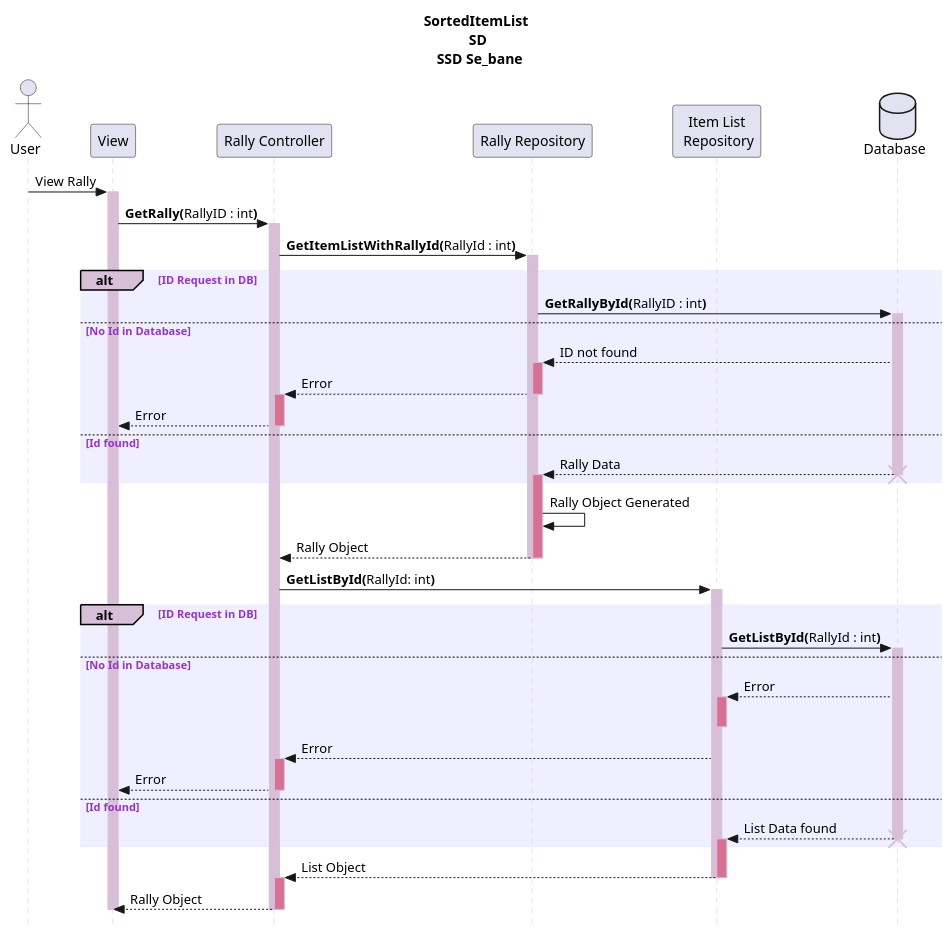
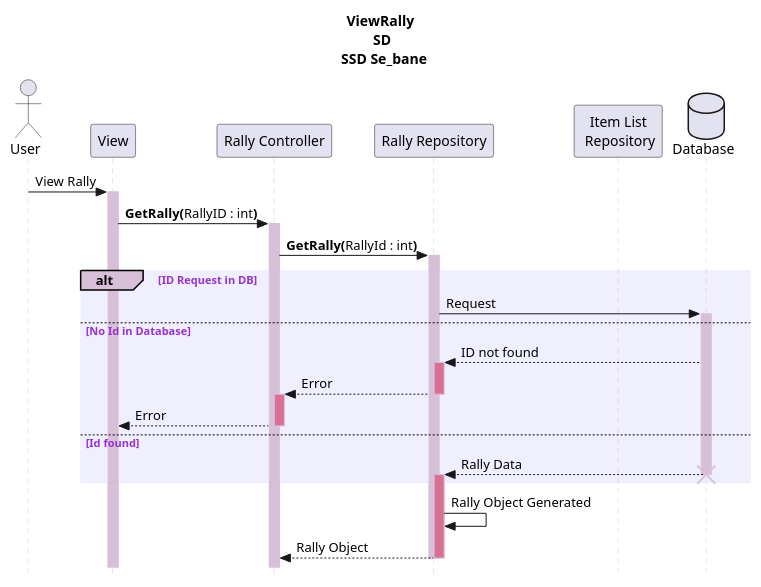
One commit to Team-1-ucl/Team1_Projekt changed the diagram in Dokumentation/Scenarier/Baner/Development View/SD/SortingItemList.wsd. Above: the diagram before and after it, drawn with PlantUML.

Commit message:
EDIT Skabelon til SD ViewRally

```diff
--- a/Dokumentation/Scenarier/Baner/Development View/SD/SortingItemList.wsd
+++ b/Dokumentation/Scenarier/Baner/Development View/SD/SortingItemList.wsd
@@ -1,73 +1,48 @@
-@startuml SortedItemList
-title SortedItemList \nSD\n SSD Se_bane
+@startuml ViewRally
+title ViewRally \nSD\n SSD Se_bane
 skinparam SequenceGroupBorderThickness 0.01
 skinparam SequenceDividerBorderColor MediumPurple
 skinparam SequenceDividerBackgroundColor MediumPurple
 skinparam SequenceGroupBodyBackgroundColor MOTIVATION
 skinparam SequenceGroupFontColor DarkOrchid
 skinparam SequenceGroupBackgroundColor Thistle
 skinparam SequenceLifeLineBackgroundColor Thistle
 skinparam SequenceLifeLineBorderColor Thistle
 skinparam Style strictUML
 
 actor User
 participant "View" as UI
 participant "Rally Controller" as RallyCon
 participant "Rally Repository" as RallyRepo
 participant "Item List\n Repository" as ItemListRepo
 
 database "Database" as DB
 
 User -> UI : View Rally
 activate UI
 UI -> RallyCon : **GetRally(**RallyID : int**)**
 activate RallyCon
-RallyCon -> RallyRepo : **GetItemListWithRallyId(**RallyId : int**)**
+RallyCon -> RallyRepo : **GetRally(**RallyId : int**)**
 activate RallyRepo
 alt ID Request in DB
-RallyRepo -> DB : **GetRallyById(**RallyID : int**)**
+RallyRepo -> DB : Request
 activate DB
 else No Id in Database
 DB --> RallyRepo : ID not found
 activate RallyRepo #PaleVioletRed
 RallyRepo --> RallyCon : Error
 deactivate RallyRepo 
 activate RallyCon #PaleVioletRed
 RallyCon --> UI : Error
 deactivate RallyCon
 else Id found
 RallyRepo <-- DB : Rally Data 
 destroy DB
 activate RallyRepo #PaleVioletRed
 end
 RallyRepo -> RallyRepo : Rally Object Generated
 RallyRepo --> RallyCon : Rally Object
 deactivate RallyRepo
 deactivate RallyRepo
-RallyCon -> ItemListRepo : **GetListById(**RallyId: int**)**
-alt ID Request in DB
-activate ItemListRepo 
-ItemListRepo -> DB : **GetListById(**RallyId : int**)**
-activate DB
-else No Id in Database
-DB --> ItemListRepo :Error
-activate ItemListRepo #PaleVioletRed
-deactivate ItemListRepo
-ItemListRepo --> RallyCon : Error
-activate RallyCon#PaleVioletRed
-RallyCon --> UI : Error
-deactivate RallyCon 
-else Id found
-DB --> ItemListRepo : List Data found
-destroy DB
-activate ItemListRepo#PaleVioletRed
-end
-ItemListRepo --> RallyCon : List Object
-deactivate ItemListRepo 
-activate RallyCon#PaleVioletRed
-deactivate ItemListRepo 
-RallyCon --> UI : Rally Object
-deactivate RallyCon
-deactivate RallyCon
-deactivate UI
+
 @enduml
```
